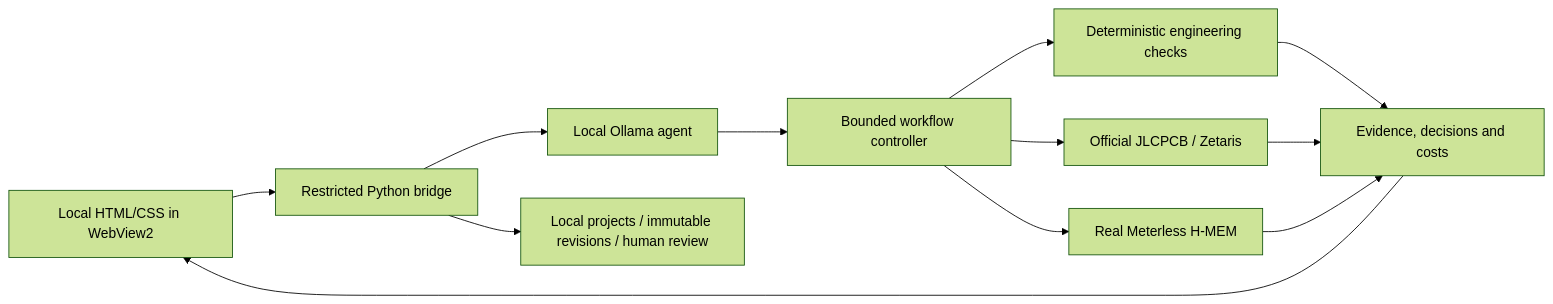
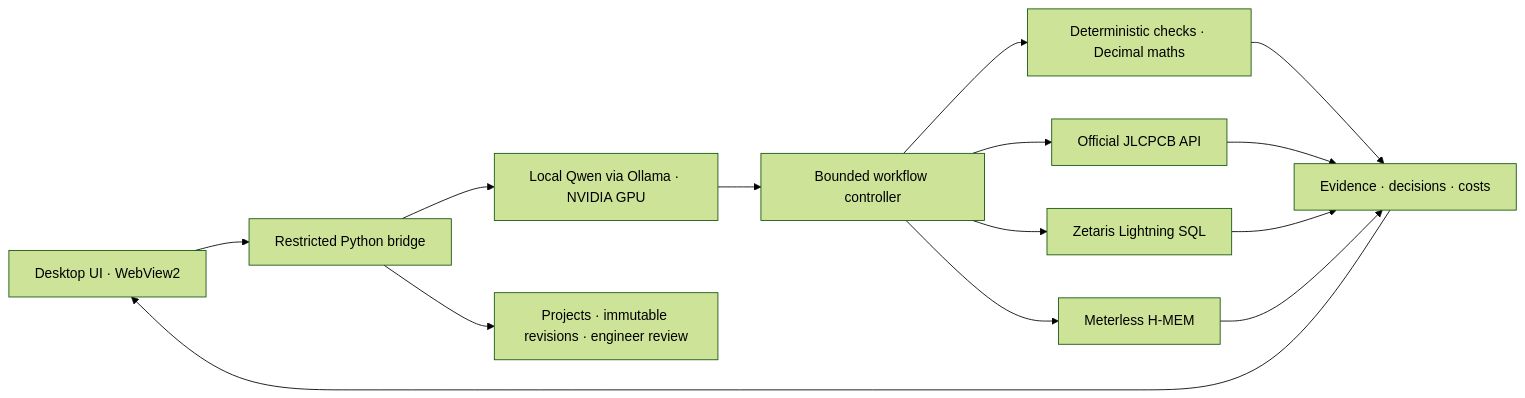
One commit to zgeez/PartLens changed the diagram in README.md. Above: the diagram before and after it, drawn with Mermaid (forest theme). The commit also changed other lines of this file and 2 other files, not shown here.

First line of the commit message:
docs: update README, desktop guide, disclosure, and submission copy for the 384-test release

````diff
--- a/README.md
+++ b/README.md
@@ -45,14 +67,16 @@
 ```mermaid
 flowchart LR
-    UI[Local HTML/CSS in WebView2] --> Bridge[Restricted Python bridge]
-    Bridge --> Agent[Local Ollama agent]
-    Bridge --> Projects[Local projects / immutable revisions / human review]
+    UI[Desktop UI · WebView2] --> Bridge[Restricted Python bridge]
+    Bridge --> Agent[Local Qwen via Ollama · NVIDIA GPU]
     Agent --> Controller[Bounded workflow controller]
-    Controller --> Checks[Deterministic engineering checks]
-    Controller --> Sources[Official JLCPCB / Zetaris]
-    Controller --> Memory[Real Meterless H-MEM]
-    Checks --> Records[Evidence, decisions and costs]
-    Sources --> Records
+    Controller --> Checks[Deterministic checks · Decimal maths]
+    Controller --> JLC[Official JLCPCB API]
+    Controller --> Zetaris[Zetaris Lightning SQL]
+    Controller --> Memory[Meterless H-MEM]
+    Checks --> Records[Evidence · decisions · costs]
+    JLC --> Records
+    Zetaris --> Records
     Memory --> Records
     Records --> UI
+    Bridge --> Projects[Projects · immutable revisions · engineer review]
 ```
````
